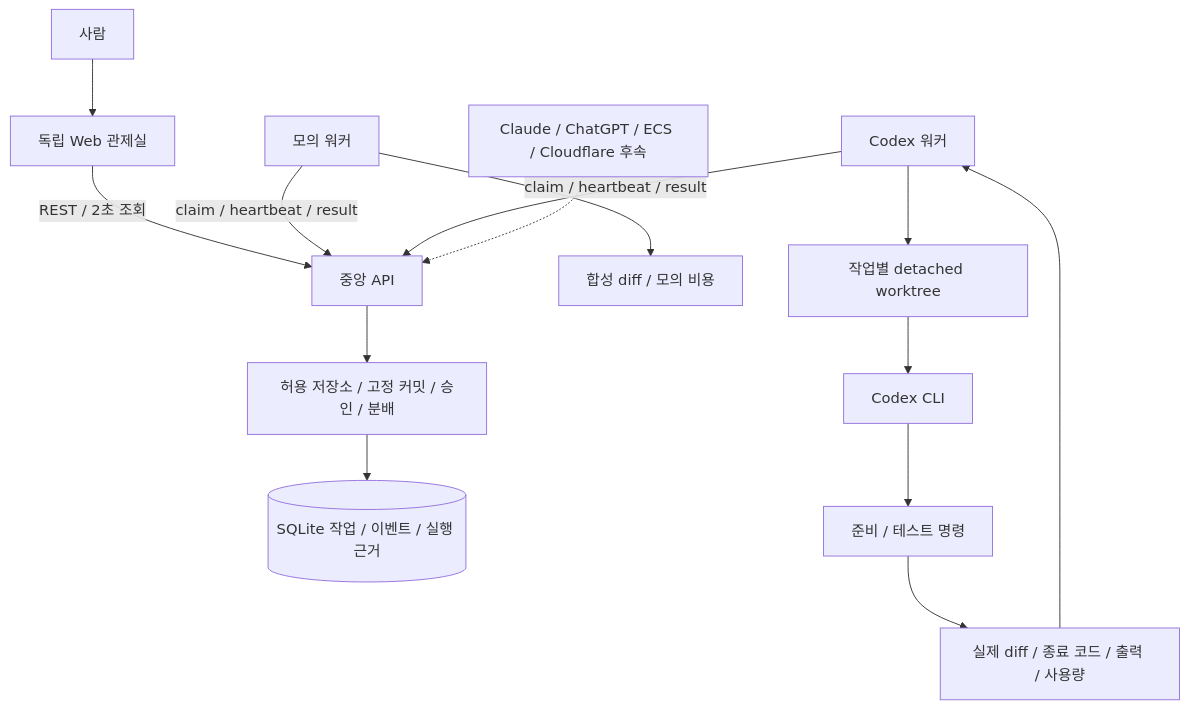
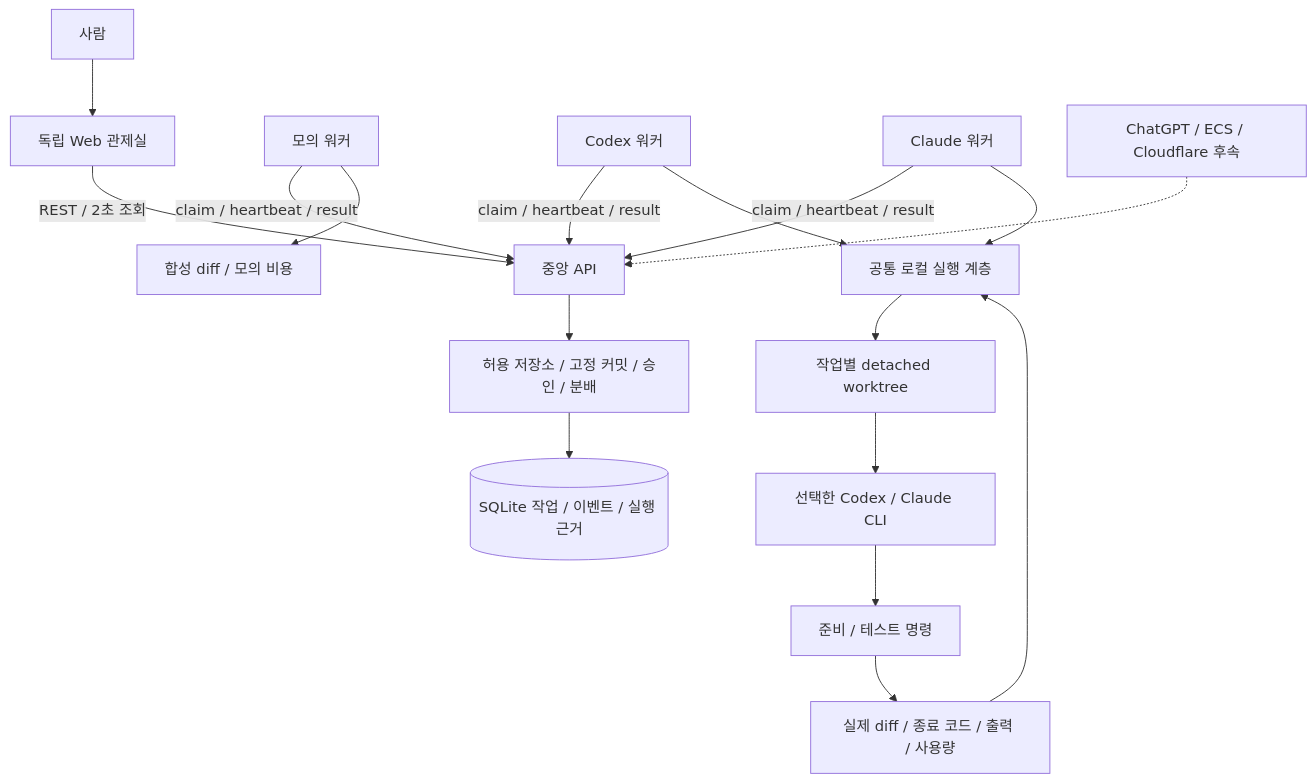
The first of 2 diagrams in docs/architecture.md (roboco-io/project-hivemind), drawn with Mermaid before and after one commit. The commit also changed other lines of this file and 10 other files, not shown here.

````diff
--- a/docs/architecture.md
+++ b/docs/architecture.md
@@ -10,16 +10,19 @@
 ```mermaid
 flowchart TB
     Human[사람] --> Web[독립 Web 관제실]
     Web -->|REST / 2초 조회| API[중앙 API]
     API --> Policy[허용 저장소 / 고정 커밋 / 승인 / 분배]
     Policy --> DB[(SQLite 작업 / 이벤트 / 실행 근거)]
     MW[모의 워커] -->|claim / heartbeat / result| API
     CW[Codex 워커] -->|claim / heartbeat / result| API
+    LW[Claude 워커] -->|claim / heartbeat / result| API
     MW --> Mock[합성 diff / 모의 비용]
-    CW --> WT[작업별 detached worktree]
-    WT --> Codex[Codex CLI]
-    Codex --> Test[준비 / 테스트 명령]
+    CW --> Run[공통 로컬 실행 계층]
+    LW --> Run
+    Run --> WT[작업별 detached worktree]
+    WT --> Agent[선택한 Codex / Claude CLI]
+    Agent --> Test[준비 / 테스트 명령]
     Test --> Evidence[실제 diff / 종료 코드 / 출력 / 사용량]
-    Evidence --> CW
-    Future[Claude / ChatGPT / ECS / Cloudflare 후속] -.-> API
+    Evidence --> Run
+    Future[ChatGPT / ECS / Cloudflare 후속] -.-> API
 ```
````
